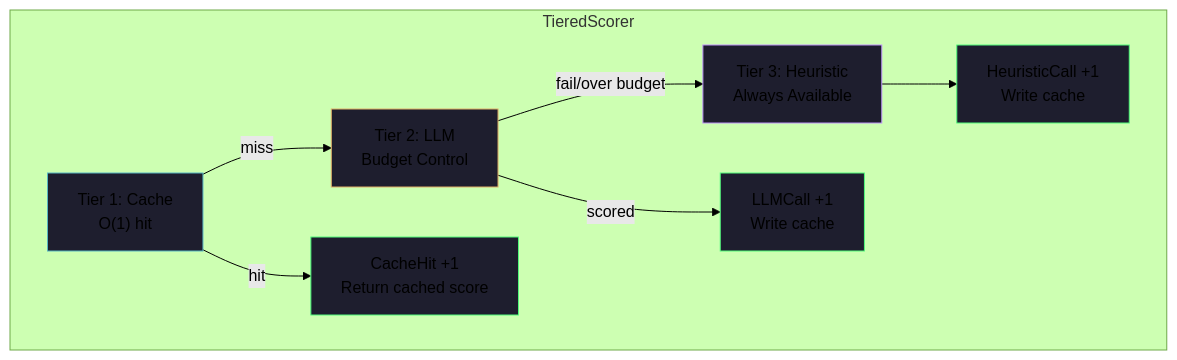
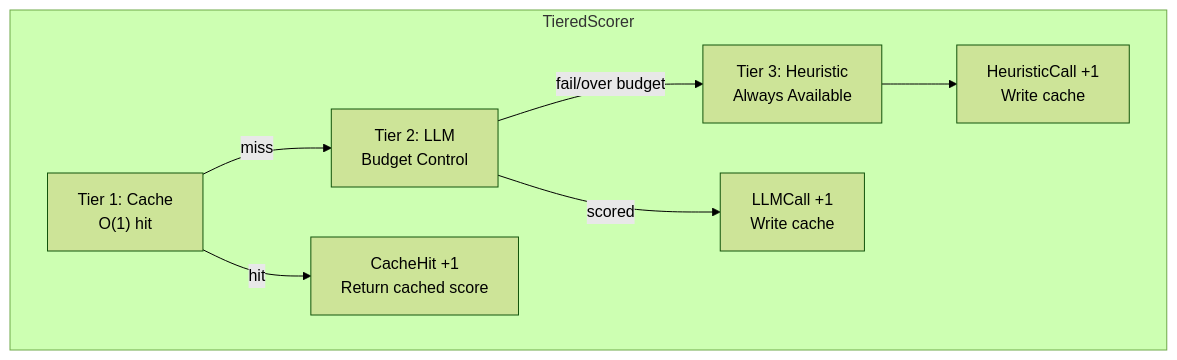
One commit to Timwood0x10/myblog changed the diagram in content/log/ARES/24.2-ga-tiered-scorer.md. Above: the diagram before and after it, drawn with Mermaid (forest theme). The commit also changed 11 other files, not shown here.

Commit message:
refactor(theme): unify Mermaid chart theme styles

````diff
--- a/content/log/ARES/24.2-ga-tiered-scorer.md
+++ b/content/log/ARES/24.2-ga-tiered-scorer.md
@@ -21,17 +21,11 @@
 ```mermaid
 flowchart TD
     subgraph TS[TieredScorer]
         T1["Tier 1: Cache\nO(1) hit"] -->|miss| T2["Tier 2: LLM\nBudget Control"]
         T2 -->|fail/over budget| T3["Tier 3: Heuristic\nAlways Available"]
         T1 -->|hit| R1["CacheHit +1\nReturn cached score"]
         T2 -->|scored| R2["LLMCall +1\nWrite cache"]
         T3 --> R3["HeuristicCall +1\nWrite cache"]
     end
 
-    style T1 fill:#1e1e2e,stroke:#56b6c2
-    style T2 fill:#1e1e2e,stroke:#e0af68
-    style T3 fill:#1e1e2e,stroke:#bd93f9
-    style R1 fill:#1e1e2e,stroke:#50fa7b
-    style R2 fill:#1e1e2e,stroke:#50fa7b
-    style R3 fill:#1e1e2e,stroke:#50fa7b
 ```
````
